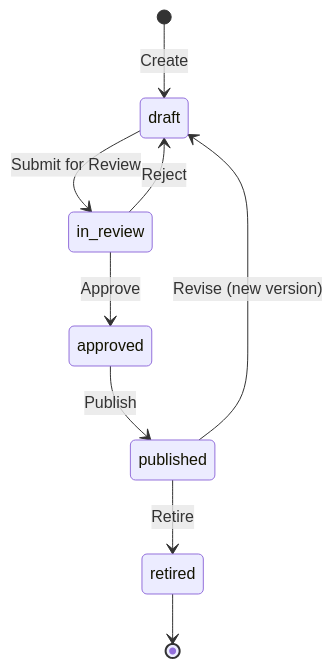
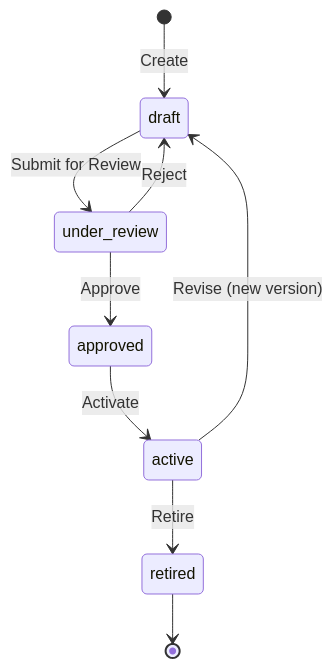
The sixth of 8 diagrams in docs/suite/04_GRC.md (Gokhanagingil/grc), drawn with Mermaid before and after one commit. The commit also changed other lines of this file, not shown here.

First line of the commit message:
docs: fix enum values and matrix dimensions per Devin Review findings

````diff
--- a/docs/suite/04_GRC.md
+++ b/docs/suite/04_GRC.md
@@ -379,11 +383,11 @@
 ```mermaid
 stateDiagram-v2
     [*] --> draft : Create
-    draft --> in_review : Submit for Review
-    in_review --> approved : Approve
-    approved --> published : Publish
-    published --> retired : Retire
-    in_review --> draft : Reject
-    published --> draft : Revise (new version)
+    draft --> under_review : Submit for Review
+    under_review --> approved : Approve
+    approved --> active : Activate
+    active --> retired : Retire
+    under_review --> draft : Reject
+    active --> draft : Revise (new version)
     retired --> [*]
 ```
````
